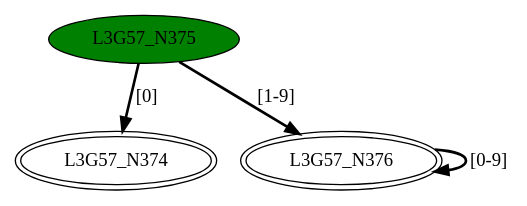
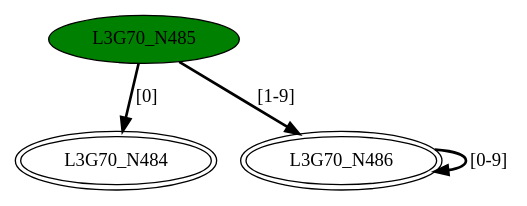
One commit to GDimitroulakos/EDUFLEX changed the diagram in DFASimulator/Testbench/minimizedDFA3.dot. Above: the diagram before and after it, drawn with Graphviz. The commit also changed 51 other files, not shown here.

```diff
--- a/DFASimulator/Testbench/minimizedDFA3.dot
+++ b/DFASimulator/Testbench/minimizedDFA3.dot
@@ -1,8 +1,8 @@
-digraph G57{
-"L3G57_N374" [peripheries=2];
-"L3G57_N375" [style=filled,fillcolor=green];
-"L3G57_N376" [peripheries=2];
-"L3G57_N375"->"L3G57_N374" [style = bold, label = "[0]"];
-"L3G57_N375"->"L3G57_N376" [style = bold, label = "[1-9]"];
-"L3G57_N376"->"L3G57_N376" [style = bold, label = "[0-9]"];
+digraph G70{
+"L3G70_N484" [peripheries=2];
+"L3G70_N485" [style=filled,fillcolor=green];
+"L3G70_N486" [peripheries=2];
+"L3G70_N485"->"L3G70_N484" [style = bold, label = "[0]"];
+"L3G70_N485"->"L3G70_N486" [style = bold, label = "[1-9]"];
+"L3G70_N486"->"L3G70_N486" [style = bold, label = "[0-9]"];
 }
```
